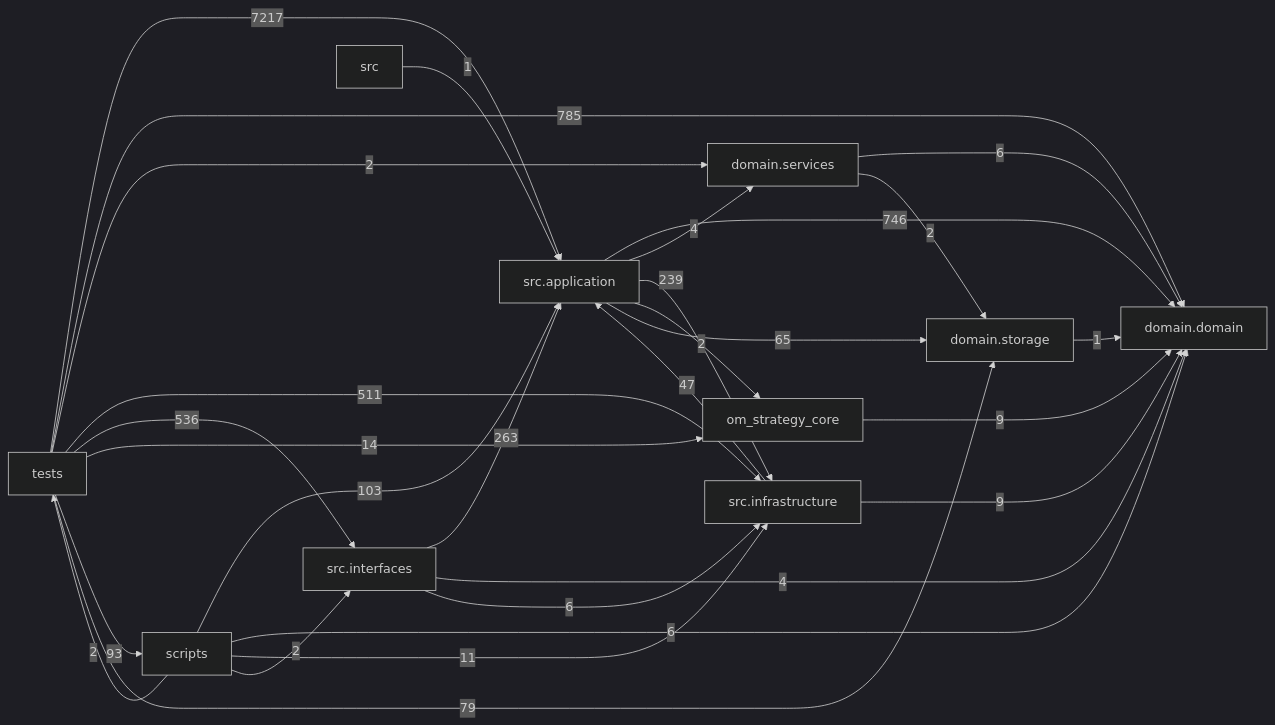
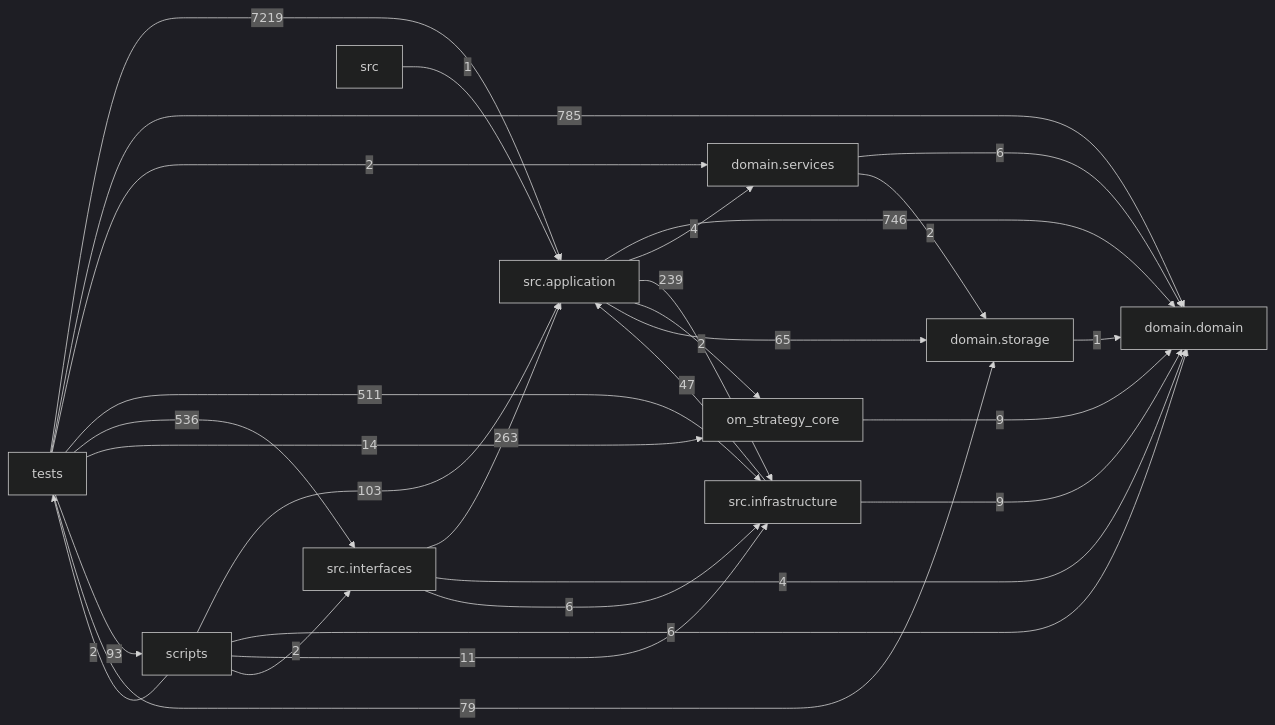
One commit to liuxie066/options-monitor changed the diagram in docs/DEPENDENCY_GRAPH.md. Above: the diagram before and after it, drawn with Mermaid (dark theme). The commit also changed other lines of this file and 9 other files, not shown here.

````diff
--- a/docs/DEPENDENCY_GRAPH.md
+++ b/docs/DEPENDENCY_GRAPH.md
@@ -24,39 +24,39 @@
 ```mermaid
 flowchart LR
   tests["tests"]
   scripts["scripts"]
   interfaces["src.interfaces"]
   application["src.application"]
   infrastructure["src.infrastructure"]
   domain_services["domain.services"]
   domain["domain.domain"]
   storage["domain.storage"]
   application -->|746| domain
   application -->|4| domain_services
   application -->|239| infrastructure
   application -->|2| om_strategy_core
   application -->|65| storage
   domain_services -->|6| domain
   domain_services -->|2| storage
   infrastructure -->|47| application
   infrastructure -->|9| domain
   interfaces -->|263| application
   interfaces -->|4| domain
   interfaces -->|6| infrastructure
   om_strategy_core -->|9| domain
   scripts -->|103| application
   scripts -->|6| domain
   scripts -->|11| infrastructure
   scripts -->|2| interfaces
   scripts -->|2| tests
   src -->|1| application
   storage -->|1| domain
-  tests -->|7217| application
+  tests -->|7219| application
   tests -->|785| domain
   tests -->|2| domain_services
   tests -->|511| infrastructure
   tests -->|536| interfaces
   tests -->|14| om_strategy_core
   tests -->|93| scripts
   tests -->|79| storage
 ```
````
